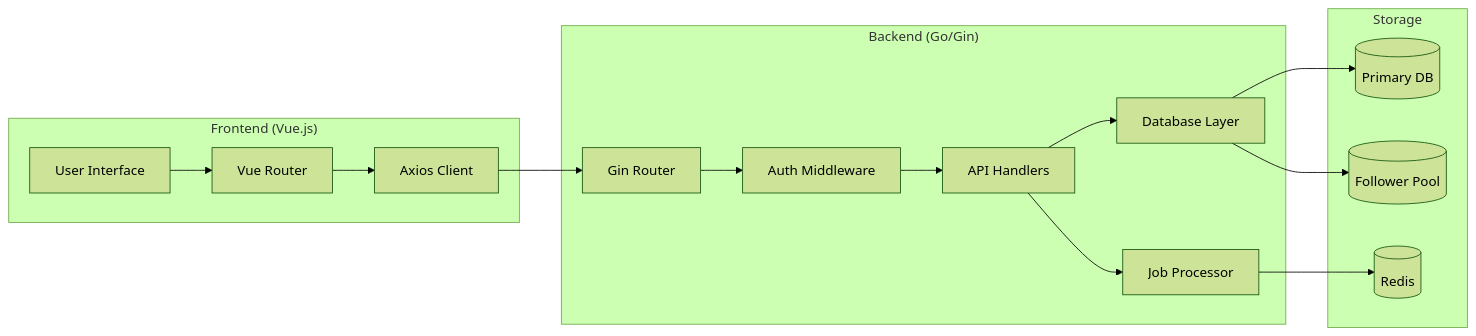
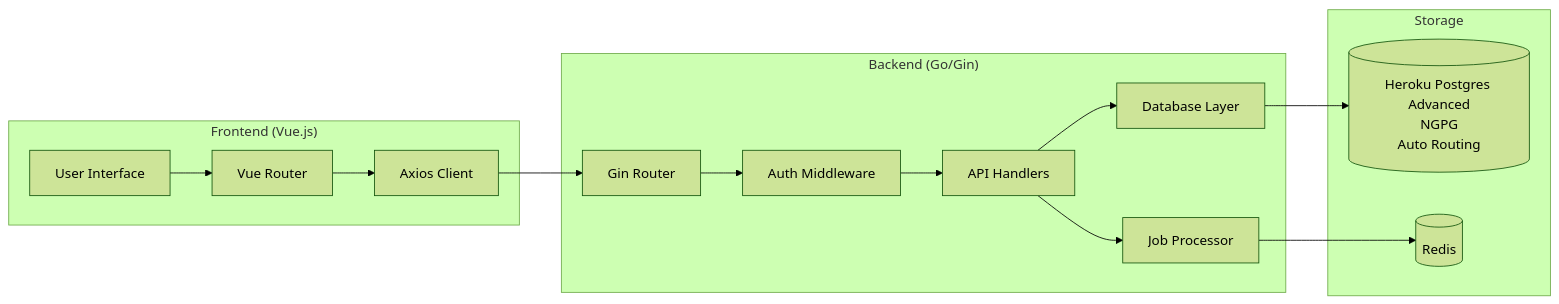
Before and after one commit to heroku-examples/saas-go-app: the second of 18 diagrams in ARCHITECTURE.md, drawn with Mermaid (forest theme). The commit also changed other lines of this file, not shown here.

````diff
--- a/ARCHITECTURE.md
+++ b/ARCHITECTURE.md
@@ -64,33 +78,31 @@
 ```mermaid
 graph LR
     subgraph "Frontend (Vue.js)"
         UI[User Interface]
         Router[Vue Router]
         API_Client[Axios Client]
     end
     
     subgraph "Backend (Go/Gin)"
         Router_Gin[Gin Router]
         Auth[Auth Middleware]
         Handlers[API Handlers]
         DB_Layer[Database Layer]
         Job_Processor[Job Processor]
     end
     
     subgraph "Storage"
-        Primary[(Primary DB)]
-        Follower[(Follower Pool)]
+        NGPG_DB[(Heroku Postgres Advanced<br/>NGPG<br/>Auto Routing)]
         Redis_Store[(Redis)]
     end
     
     UI --> Router
     Router --> API_Client
     API_Client --> Router_Gin
     Router_Gin --> Auth
     Auth --> Handlers
     Handlers --> DB_Layer
-    DB_Layer --> Primary
-    DB_Layer --> Follower
+    DB_Layer --> NGPG_DB
     Handlers --> Job_Processor
     Job_Processor --> Redis_Store
 ```
````
